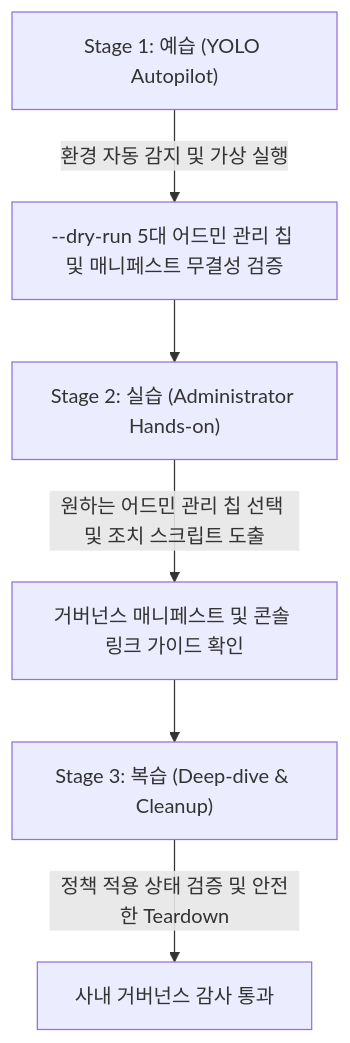
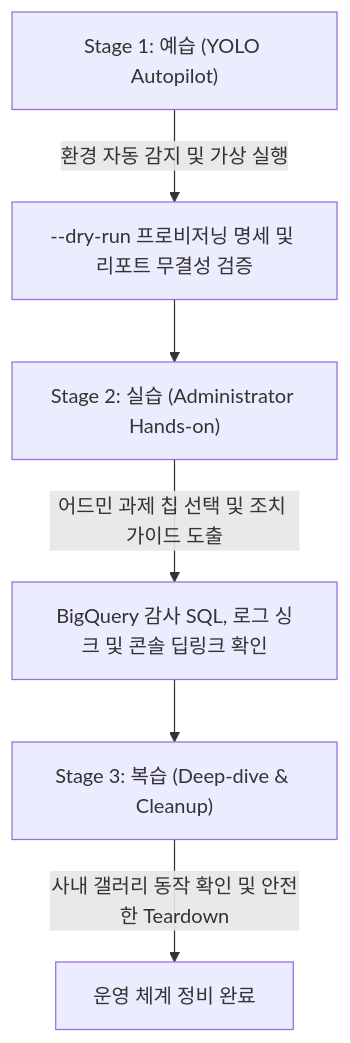
One commit to jiangjun-forge/google-cloud-0-to-1 changed the diagram in .agents/skills/gemini-enterprise-factory-admin/SKILL.md. Above: the diagram before and after it, drawn with Mermaid. The commit also changed other lines of this file and 39 other files, not shown here.

````diff
--- a/.agents/skills/gemini-enterprise-factory-admin/SKILL.md
+++ b/.agents/skills/gemini-enterprise-factory-admin/SKILL.md
@@ -35,8 +35,8 @@
 ```mermaid
 flowchart TD
-    A["Stage 1: 예습 (YOLO Autopilot)"] -->|환경 자동 감지 및 가상 실행| B["--dry-run 5대 어드민 관리 칩 및 매니페스트 무결성 검증"]
+    A["Stage 1: 예습 (YOLO Autopilot)"] -->|환경 자동 감지 및 가상 실행| B["--dry-run 프로비저닝 명세 및 리포트 무결성 검증"]
     B --> C["Stage 2: 실습 (Administrator Hands-on)"]
-    C -->|원하는 어드민 관리 칩 선택 및 조치 스크립트 도출| D["거버넌스 매니페스트 및 콘솔 링크 가이드 확인"]
+    C -->|어드민 과제 칩 선택 및 조치 가이드 도출| D["BigQuery 감사 SQL, 로그 싱크 및 콘솔 딥링크 확인"]
     D --> E["Stage 3: 복습 (Deep-dive & Cleanup)"]
-    E -->|정책 적용 상태 검증 및 안전한 Teardown| F["사내 거버넌스 감사 통과"]
+    E -->|사내 갤러리 동작 확인 및 안전한 Teardown| F["운영 체계 정비 완료"]
 ```
````
